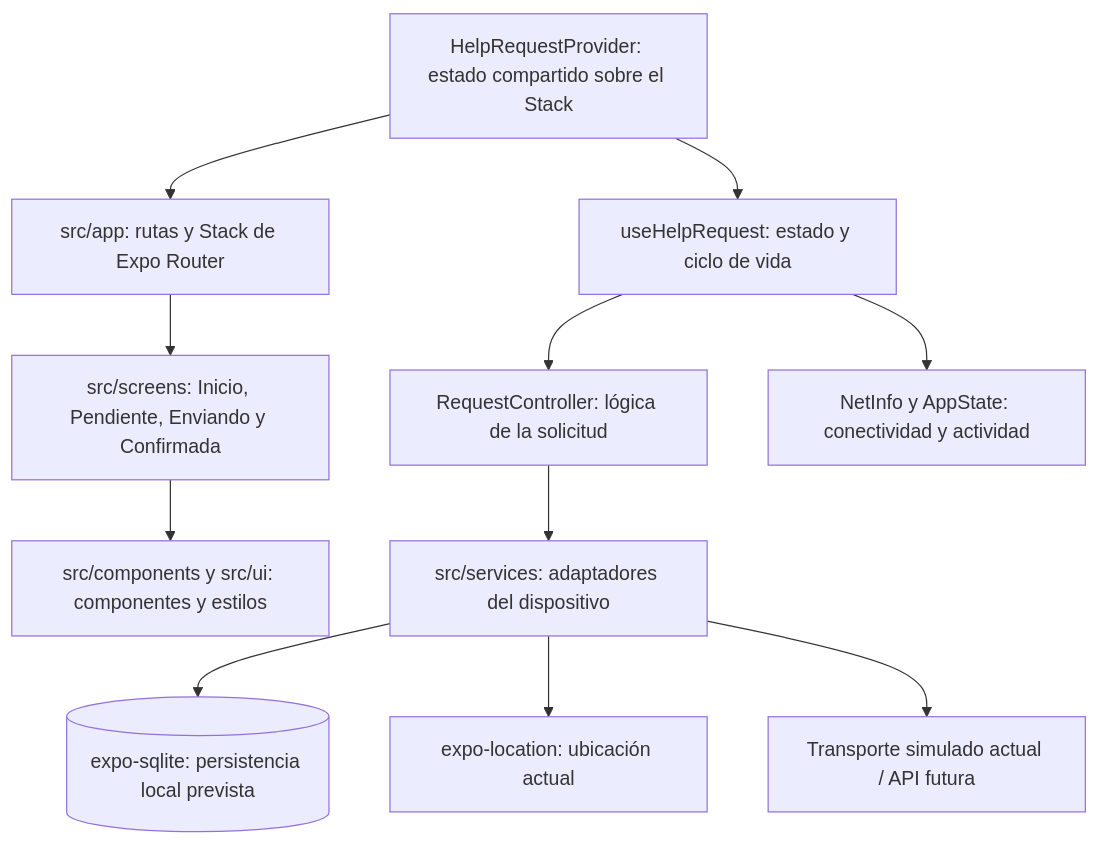
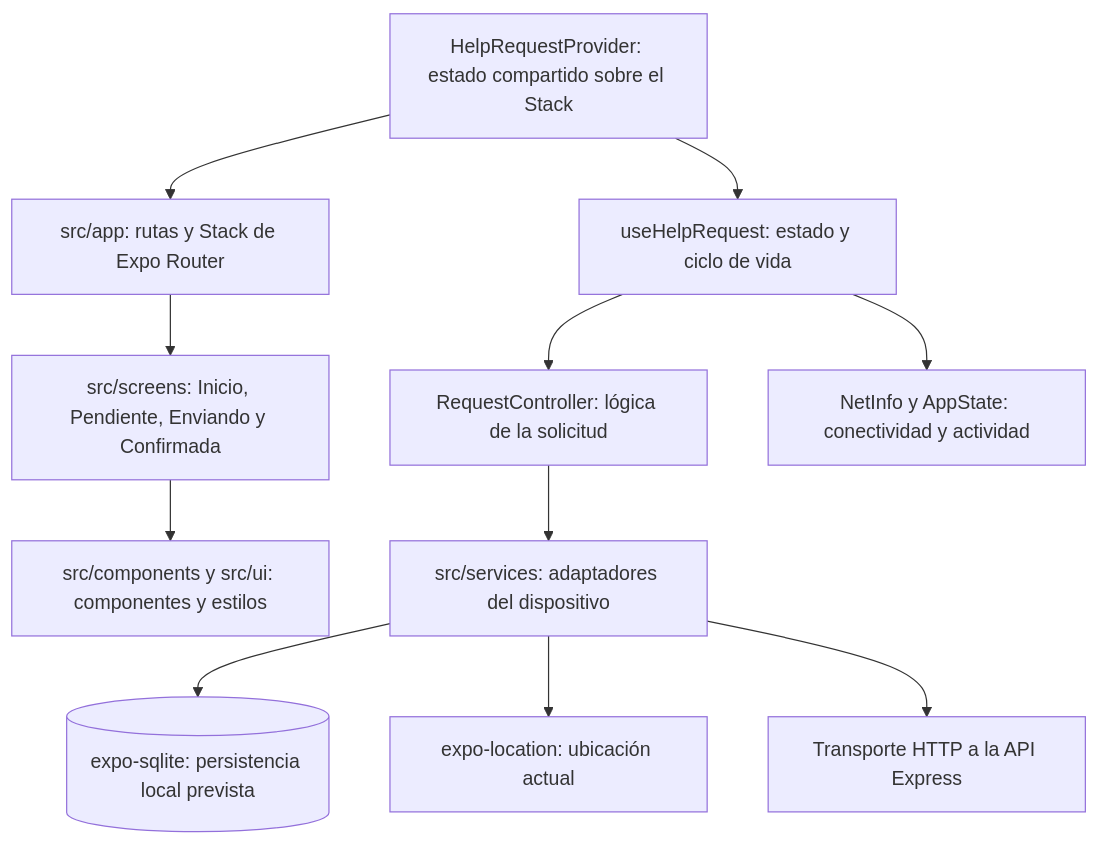
One commit to alvarogonmar/forest-monitoring changed the seventh of 10 diagrams in README.md. Above: the diagram before and after it, drawn with Mermaid. The commit also changed other lines of this file and 21 other files, not shown here.

````diff
--- a/README.md
+++ b/README.md
@@ -450,13 +453,13 @@
 ```mermaid
 flowchart TD
     Routes["src/app: rutas y Stack de Expo Router"] --> Screens["src/screens: Inicio, Pendiente, Enviando y Confirmada"]
     Provider["HelpRequestProvider: estado compartido sobre el Stack"] --> Routes
     Provider --> Hook["useHelpRequest: estado y ciclo de vida"]
     Hook --> Controller["RequestController: lógica de la solicitud"]
     Hook --> Network["NetInfo y AppState: conectividad y actividad"]
     Screens --> Components["src/components y src/ui: componentes y estilos"]
     Controller --> Services["src/services: adaptadores del dispositivo"]
     Services --> Storage[("expo-sqlite: persistencia local prevista")]
     Services --> Location["expo-location: ubicación actual"]
-    Services --> Transport["Transporte simulado actual / API futura"]
+    Services --> Transport["Transporte HTTP a la API Express"]
 ```
````
